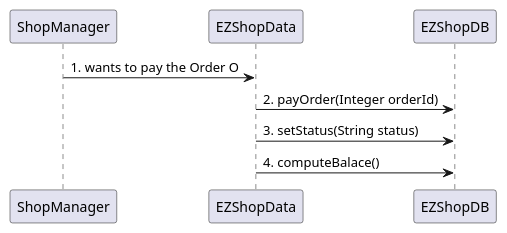
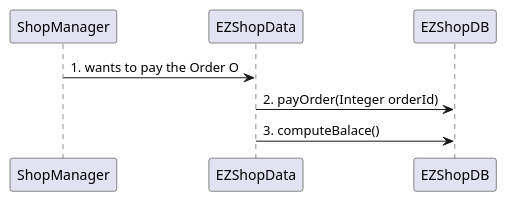
One commit to djemar/softeng_ezshop changed the tenth of 31 diagrams in Deliverables/DesignDocument.md. Above: the diagram before and after it, drawn with PlantUML. The commit also changed other lines of this file, not shown here.

````diff
--- a/Deliverables/DesignDocument.md
+++ b/Deliverables/DesignDocument.md
@@ -339,6 +339,5 @@
 ```plantuml
 "ShopManager" -> "EZShopData": 1. wants to pay the Order O
 "EZShopData" -> "EZShopDB" : 2. payOrder(Integer orderId)
-"EZShopData" -> "EZShopDB" : 3. setStatus(String status)
-"EZShopData" -> "EZShopDB" : 4. computeBalace()
+"EZShopData" -> "EZShopDB" : 3. computeBalace()
 ```
````
